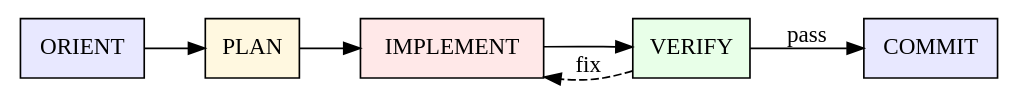
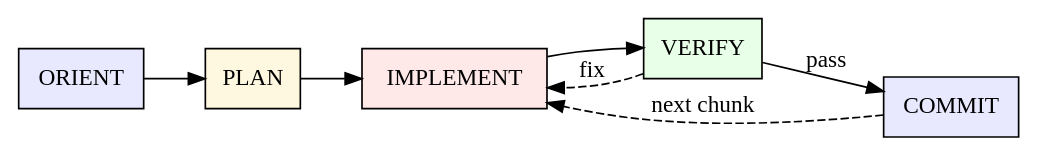
The diagram in skills/implement/SKILL.md (hyperb1iss/hyperskills), drawn with Graphviz before and after one commit. The commit also changed other lines of this file and 2 other files, not shown here.

First line of the commit message:
feat(implement): codify commit-as-you-go cadence and message anatomy

````diff
--- a/skills/implement/SKILL.md
+++ b/skills/implement/SKILL.md
@@ -16,18 +16,19 @@
 ```dot
 digraph implement {
     rankdir=LR;
     node [shape=box];
 
     "ORIENT" [style=filled, fillcolor="#e8e8ff"];
     "PLAN" [style=filled, fillcolor="#fff8e0"];
     "IMPLEMENT" [style=filled, fillcolor="#ffe8e8"];
     "VERIFY" [style=filled, fillcolor="#e8ffe8"];
     "COMMIT" [style=filled, fillcolor="#e8e8ff"];
 
     "ORIENT" -> "PLAN";
     "PLAN" -> "IMPLEMENT";
     "IMPLEMENT" -> "VERIFY";
     "VERIFY" -> "IMPLEMENT" [label="fix", style=dashed];
     "VERIFY" -> "COMMIT" [label="pass"];
+    "COMMIT" -> "IMPLEMENT" [label="next chunk", style=dashed];
 }
 ```
````
